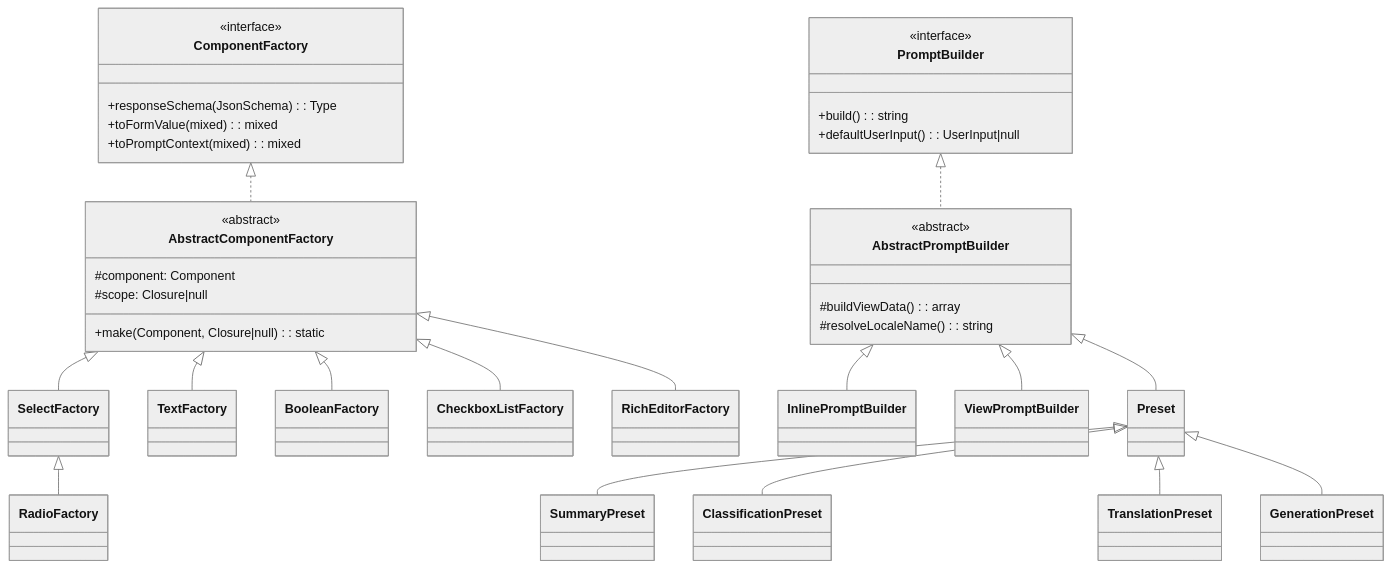
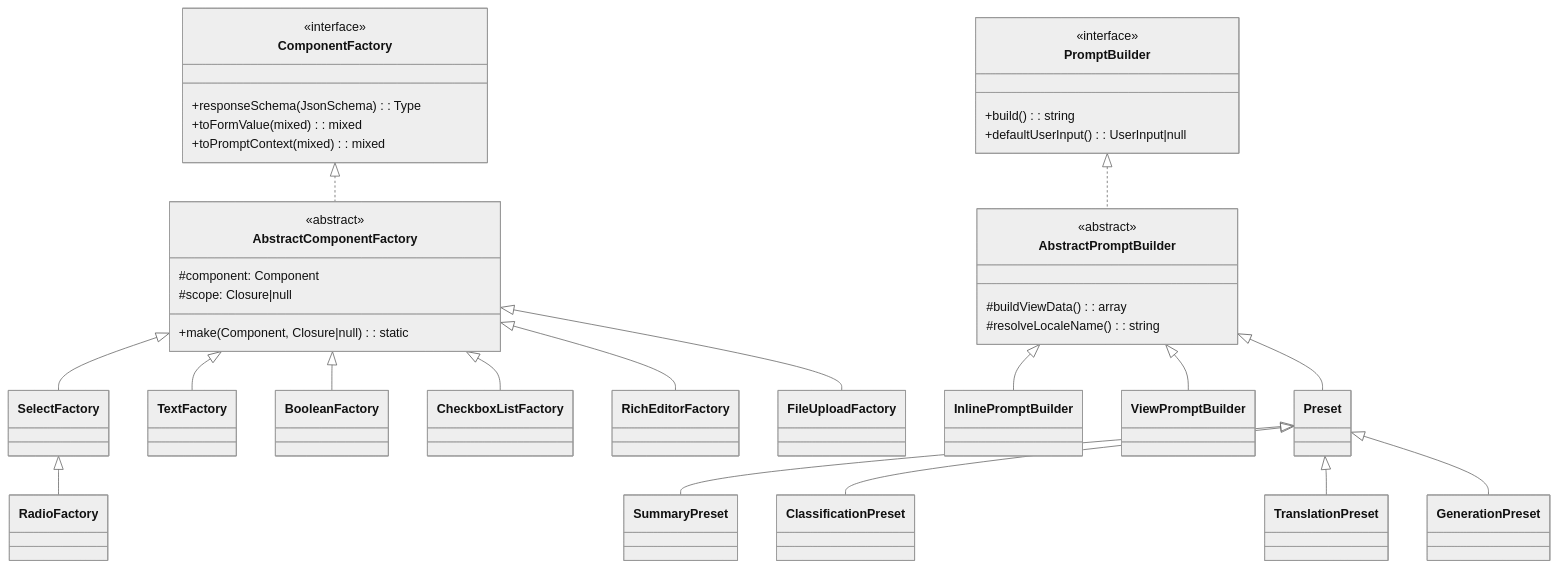
One commit to statikbe/laravel-filament-solaris changed the third of 3 diagrams in README.md. Above: the diagram before and after it, drawn with Mermaid (neutral theme). The commit also changed other lines of this file and 28 other files, not shown here.

````diff
--- a/README.md
+++ b/README.md
@@ -169,46 +177,47 @@
 ```mermaid
 classDiagram
     class ComponentFactory {
         <<interface>>
         +responseSchema(JsonSchema): Type
         +toFormValue(mixed): mixed
         +toPromptContext(mixed): mixed
     }
 
     class AbstractComponentFactory {
         <<abstract>>
         #component: Component
         #scope: Closure|null
         +make(Component, Closure|null): static
     }
 
     ComponentFactory <|.. AbstractComponentFactory
     AbstractComponentFactory <|-- SelectFactory
     AbstractComponentFactory <|-- TextFactory
     AbstractComponentFactory <|-- BooleanFactory
     AbstractComponentFactory <|-- CheckboxListFactory
     AbstractComponentFactory <|-- RichEditorFactory
+    AbstractComponentFactory <|-- FileUploadFactory
     SelectFactory <|-- RadioFactory
 
     class PromptBuilder {
         <<interface>>
         +build(): string
         +defaultUserInput(): UserInput|null
     }
 
     class AbstractPromptBuilder {
         <<abstract>>
         #buildViewData(): array
         #resolveLocaleName(): string
     }
 
     PromptBuilder <|.. AbstractPromptBuilder
     AbstractPromptBuilder <|-- InlinePromptBuilder
     AbstractPromptBuilder <|-- ViewPromptBuilder
     AbstractPromptBuilder <|-- Preset
 
     Preset <|-- SummaryPreset
     Preset <|-- ClassificationPreset
     Preset <|-- TranslationPreset
     Preset <|-- GenerationPreset
 ```
````
